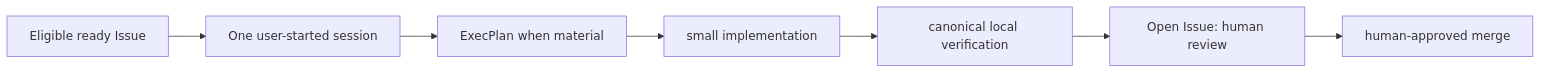
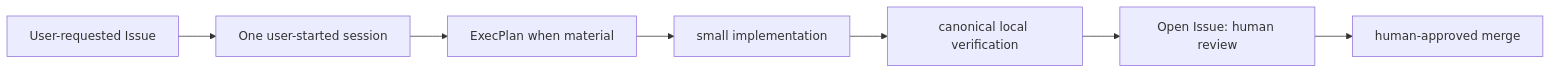
The diagram in docs/workflows/DEVELOPMENT_WORKFLOW.md (successbycs/ShortList), drawn with Mermaid before and after one commit. The commit also changed other lines of this file and 12 other files, not shown here.

Commit message:
docs: remove label gates from user-directed issue sessions

````diff
--- a/docs/workflows/DEVELOPMENT_WORKFLOW.md
+++ b/docs/workflows/DEVELOPMENT_WORKFLOW.md
@@ -7,9 +7,9 @@
 ```mermaid
 flowchart LR
-  Issue[Eligible ready Issue] --> Active[One user-started session]
+  Issue[User-requested Issue] --> Active[One user-started session]
   Active --> Plan[ExecPlan when material]
   Plan --> Change[small implementation]
   Change --> Verify[canonical local verification]
   Verify --> HumanReview[Open Issue: human review]
   HumanReview --> Merge[human-approved merge]
 ```
````
